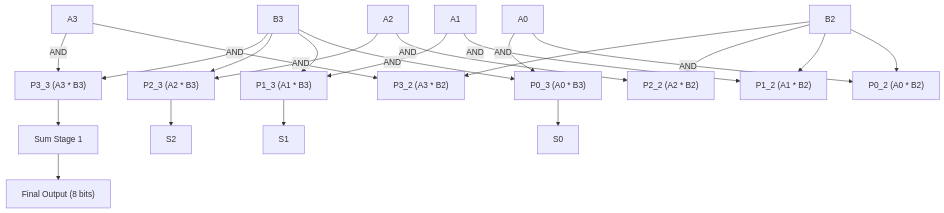
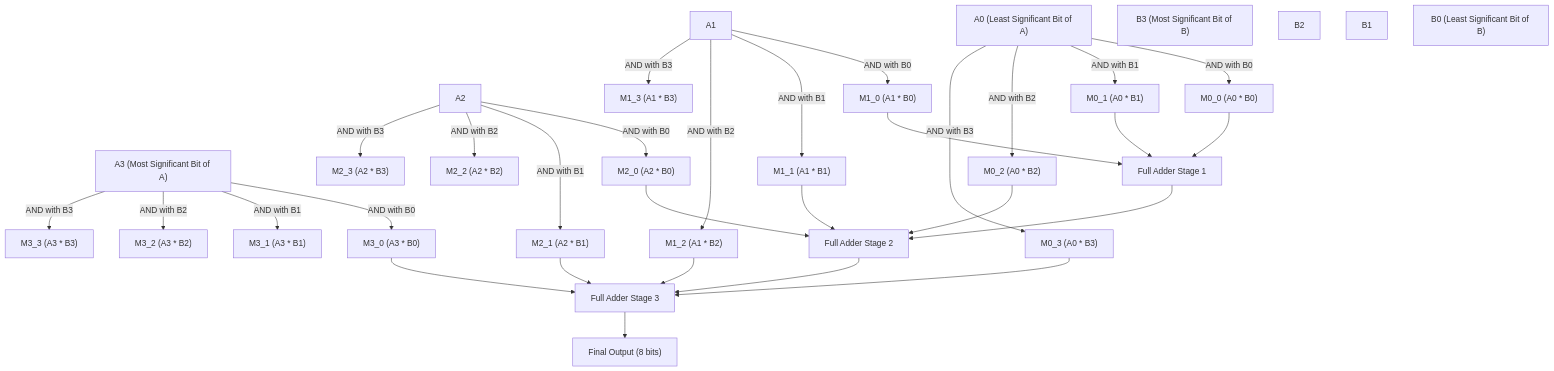
Before and after one commit to BukowskiFilip/tt09-secB-B15-array-multiplier: the diagram in docs/info.md, drawn with Mermaid.

````diff
--- a/docs/info.md
+++ b/docs/info.md
@@ -13,30 +13,53 @@
 ```mermaid
 graph TD
-    A3["A3"] --> |"AND"| P3_3["P3_3 (A3 * B3)"]
-    A2["A2"] --> |"AND"| P2_3["P2_3 (A2 * B3)"]
-    A1["A1"] --> |"AND"| P1_3["P1_3 (A1 * B3)"]
-    A0["A0"] --> |"AND"| P0_3["P0_3 (A0 * B3)"]
+    %% Input Bits
+    A3["A3 (Most Significant Bit of A)"]
+    A2["A2"]
+    A1["A1"]
+    A0["A0 (Least Significant Bit of A)"]
 
-    B3["B3"] --> P3_3
-    B3 --> P2_3
-    B3 --> P1_3
-    B3 --> P0_3
+    B3["B3 (Most Significant Bit of B)"]
+    B2["B2"]
+    B1["B1"]
+    B0["B0 (Least Significant Bit of B)"]
 
-    A3 --> |"AND"| P3_2["P3_2 (A3 * B2)"]
-    A2 --> |"AND"| P2_2["P2_2 (A2 * B2)"]
-    A1 --> |"AND"| P1_2["P1_2 (A1 * B2)"]
-    A0 --> |"AND"| P0_2["P0_2 (A0 * B2)"]
+    %% Partial Products (AND Gates labeled as M0, M1, M2, M3)
+    A3 --> |"AND with B3"| M3_3["M3_3 (A3 * B3)"]
+    A2 --> |"AND with B3"| M2_3["M2_3 (A2 * B3)"]
+    A1 --> |"AND with B3"| M1_3["M1_3 (A1 * B3)"]
+    A0 --> |"AND with B3"| M0_3["M0_3 (A0 * B3)"]
 
-    B2["B2"] --> P3_2
-    B2 --> P2_2
-    B2 --> P1_2
-    B2 --> P0_2
+    A3 --> |"AND with B2"| M3_2["M3_2 (A3 * B2)"]
+    A2 --> |"AND with B2"| M2_2["M2_2 (A2 * B2)"]
+    A1 --> |"AND with B2"| M1_2["M1_2 (A1 * B2)"]
+    A0 --> |"AND with B2"| M0_2["M0_2 (A0 * B2)"]
 
-    P3_3 --> S3["Sum Stage 1"]
-    P2_3 --> S2
-    P1_3 --> S1
-    P0_3 --> S0
+    A3 --> |"AND with B1"| M3_1["M3_1 (A3 * B1)"]
+    A2 --> |"AND with B1"| M2_1["M2_1 (A2 * B1)"]
+    A1 --> |"AND with B1"| M1_1["M1_1 (A1 * B1)"]
+    A0 --> |"AND with B1"| M0_1["M0_1 (A0 * B1)"]
 
-    S3 --> Output["Final Output (8 bits)"]
+    A3 --> |"AND with B0"| M3_0["M3_0 (A3 * B0)"]
+    A2 --> |"AND with B0"| M2_0["M2_0 (A2 * B0)"]
+    A1 --> |"AND with B0"| M1_0["M1_0 (A1 * B0)"]
+    A0 --> |"AND with B0"| M0_0["M0_0 (A0 * B0)"]
+
+    %% Full Adders in Sum Stages
+    M0_0 --> FA1["Full Adder Stage 1"]
+    M1_0 --> FA1
+    M0_1 --> FA1
+
+    FA1 --> FA2["Full Adder Stage 2"]
+    M2_0 --> FA2
+    M1_1 --> FA2
+    M0_2 --> FA2
+
+    FA2 --> FA3["Full Adder Stage 3"]
+    M3_0 --> FA3
+    M2_1 --> FA3
+    M1_2 --> FA3
+    M0_3 --> FA3
+
+    FA3 --> Output["Final Output (8 bits)"]
 
 ```
````
